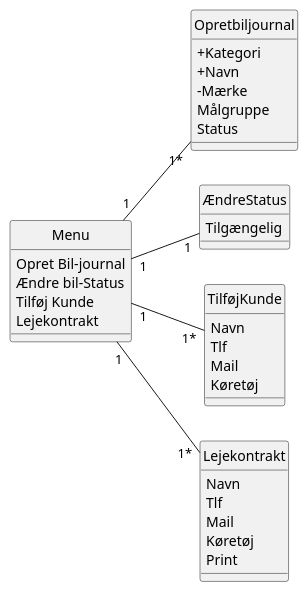
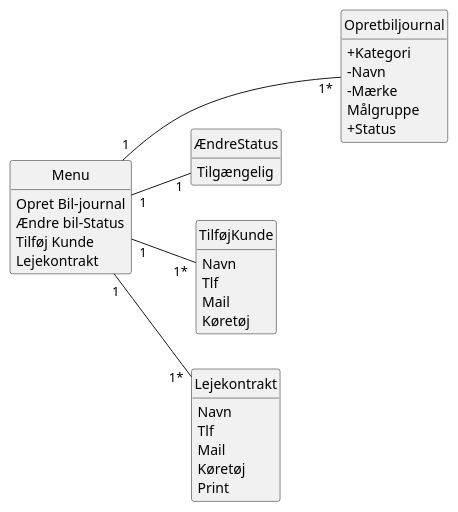
The diagram in Systemudvikling 2. sem/Workshop/DCD.plantuml (FilipMeldal/Team1A), drawn with PlantUML before and after one commit. The commit also changed 2 other files, not shown here.

```diff
--- a/Systemudvikling 2. sem/Workshop/DCD.plantuml
+++ b/Systemudvikling 2. sem/Workshop/DCD.plantuml
@@ -1,50 +1,51 @@
 @startuml
+hide circle
+hide method
 skinparam classAttributeIconSize 0
-hide circle
 left to right direction
 class Menu
 {
     Opret Bil-journal
     Ændre bil-Status
     Tilføj Kunde
     Lejekontrakt
 }
-Menu "1" -- "1*" Opretbiljournal
+Menu "1" --- "1*" Opretbiljournal
 Menu "1" -- "1" ÆndreStatus
 Menu "1" -- "1*" TilføjKunde
 Menu "1" -- "1*" Lejekontrakt
 
 class Opretbiljournal 
 {
     +Kategori 
-    +Navn
+    -Navn
     -Mærke
     Målgruppe
-    Status
+    + Status
 }
 
 class ÆndreStatus
 {
     Tilgængelig
 }
 
 class TilføjKunde
 {
     Navn
     Tlf
     Mail
     Køretøj
 
 }
 
 class Lejekontrakt
 {
     Navn
     Tlf
     Mail
     Køretøj
     Print
 }
 
 
 @enduml
```
